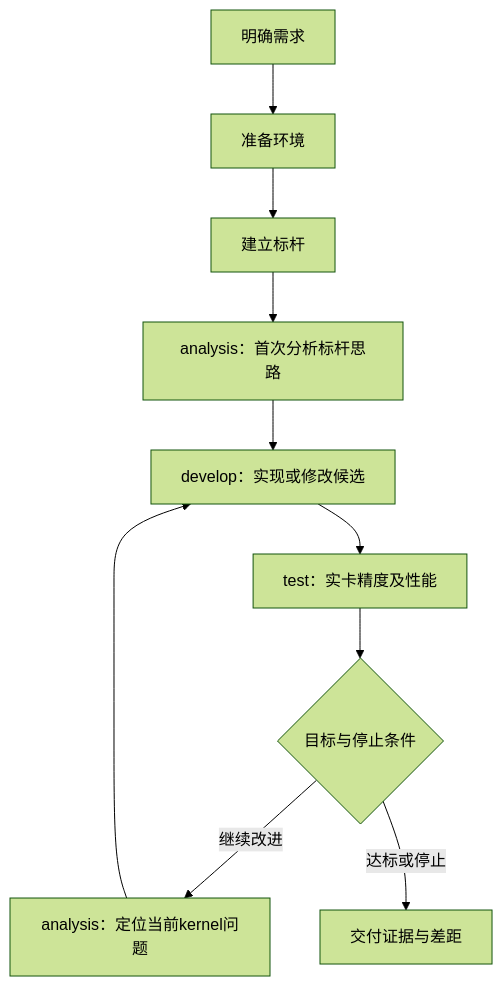
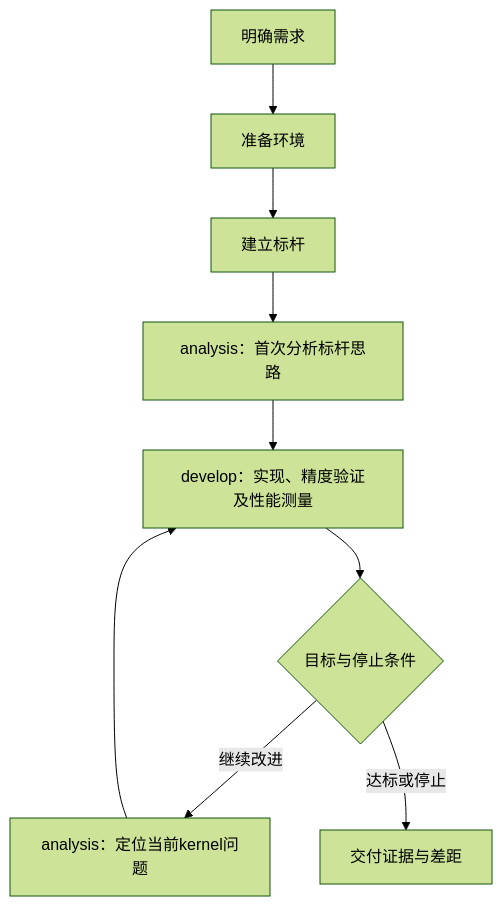
One commit to tile-ai/tilelang-mlir-ascend changed the diagram in docs/REQUIREMENTS.md. Above: the diagram before and after it, drawn with Mermaid (forest theme). The commit also changed other lines of this file and 49 other files, not shown here.

````diff
--- a/docs/REQUIREMENTS.md
+++ b/docs/REQUIREMENTS.md
@@ -45,12 +45,11 @@
 ```mermaid
 flowchart TD
     R[明确需求] --> E[准备环境]
     E --> B[建立标杆]
     B --> A[analysis：首次分析标杆思路]
-    A --> D[develop：实现或修改候选]
-    D --> T[test：实卡精度及性能]
-    T --> C{目标与停止条件}
+    A --> D[develop：实现、精度验证及性能测量]
+    D --> C{目标与停止条件}
     C -->|继续改进| X[analysis：定位当前kernel问题]
     X --> D
     C -->|达标或停止| O[交付证据与差距]
 ```
````
